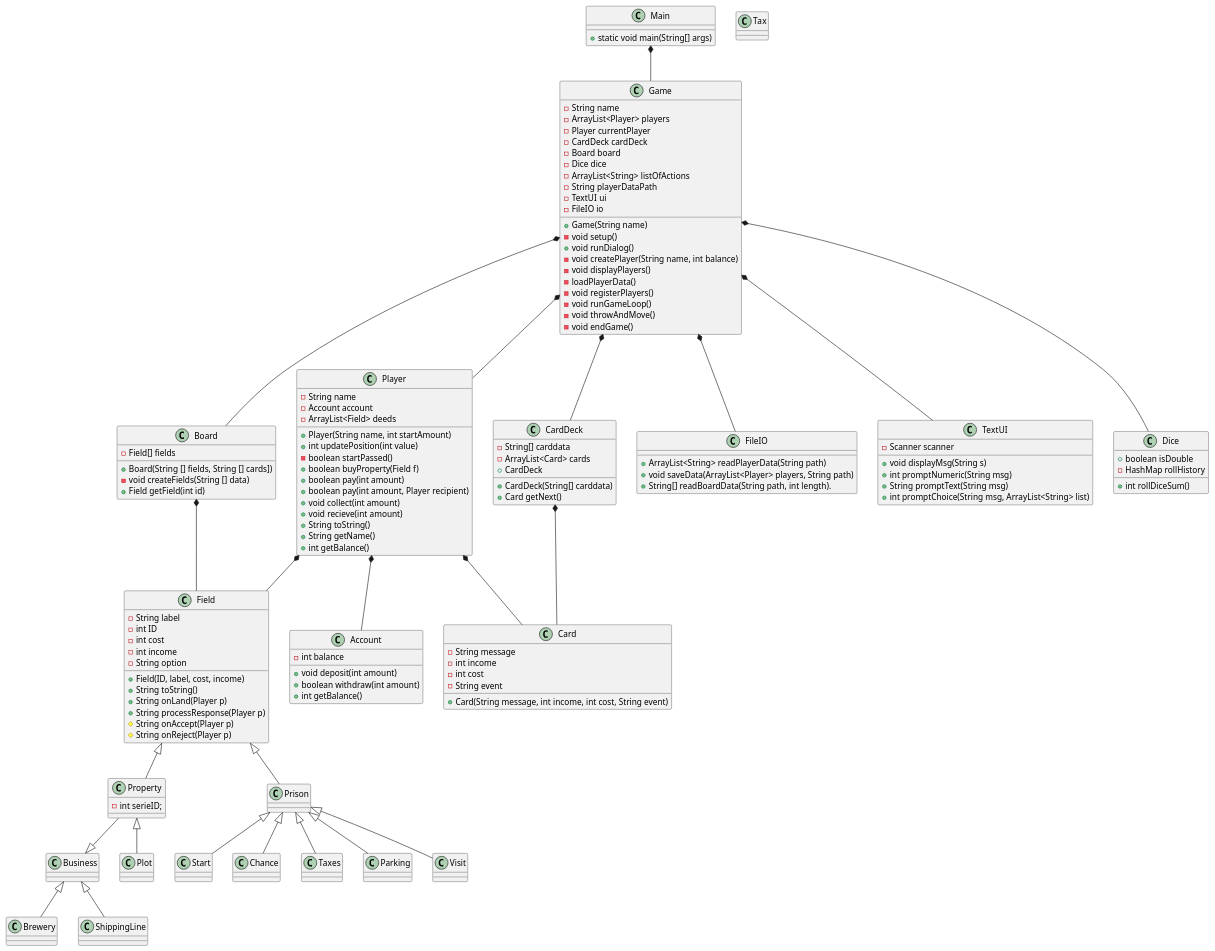
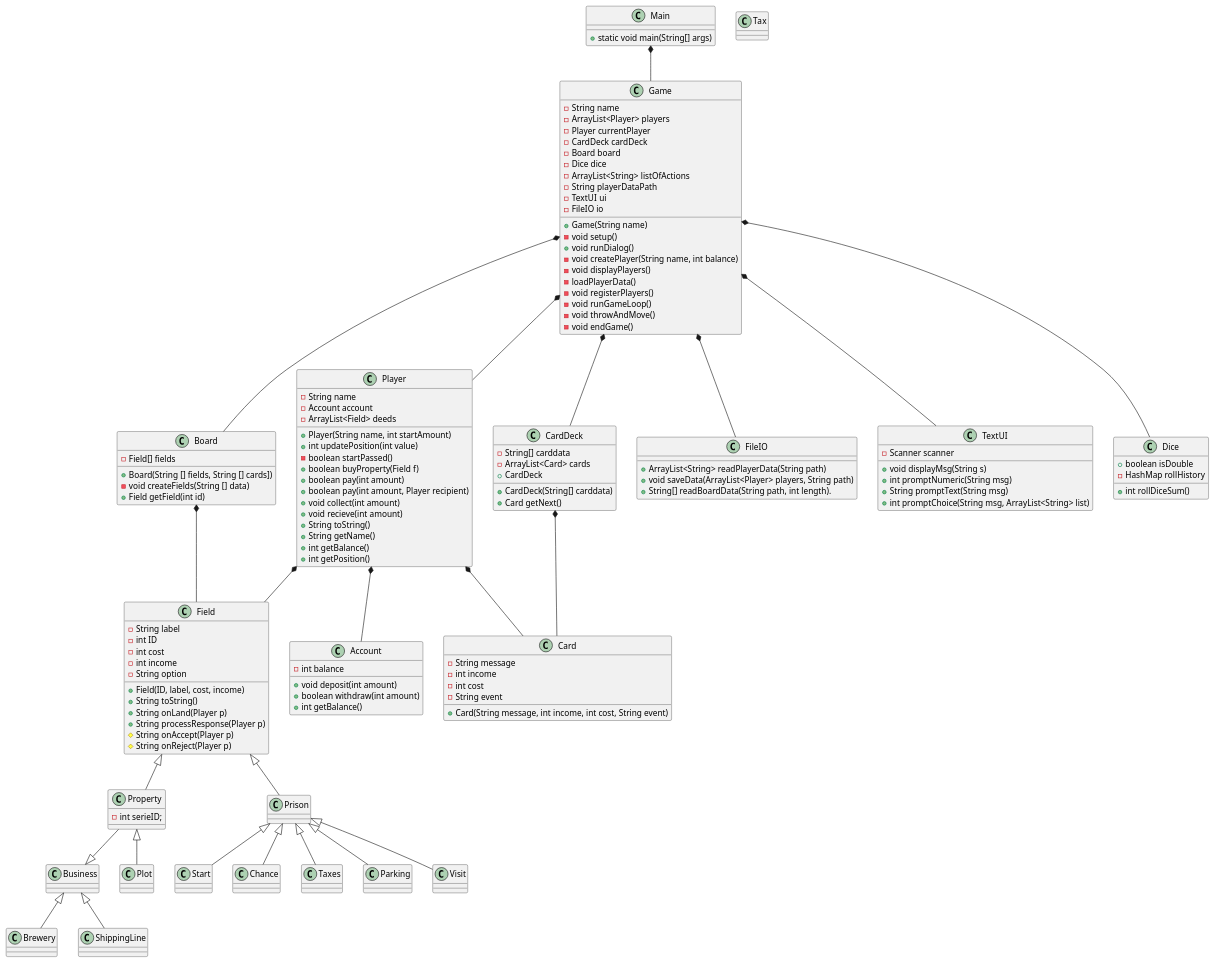
Before and after one commit to Dat1Cphbusiness/MonopolyE24: the diagram in doc/Plan/static/classdiagram_v2.puml, drawn with PlantUML. The commit also changed 4 other files, not shown here.

Commit message:
Card getNext metode(der er to forskellige)

```diff
--- a/doc/Plan/static/classdiagram_v2.puml
+++ b/doc/Plan/static/classdiagram_v2.puml
@@ -1,192 +1,193 @@
 @startuml
 class Main{
 + static void main(String[] args)
 }
 
 class Property
 {
     - int serieID;
 }
 
 class Plot
 {
 
 }
 
 class Brewery
 {
 
 }
 
 class Business
 {
 
 }
 
 class ShippingLine
 {
 
 }
 
 class Prison
 {
 
 }
 
 class Tax
 {
 
 }
 
 class Parking
 {
 
 }
 
 class Visit
 {
 
 }
 
 class Start
 {
 
 }
 
 class Chance
 {
 
 }
 
 class Game{
  - String name
  - ArrayList<Player> players
  - Player currentPlayer
  - CardDeck cardDeck
  - Board board
  - Dice dice
  'utilities
   - ArrayList<String> listOfActions
   - String playerDataPath
   - TextUI ui
   - FileIO io
   'Contructor
  + Game(String name)
  'Methods
  - void setup()
  + void runDialog()
  - void createPlayer(String name, int balance)
  - void displayPlayers()
   - loadPlayerData()
  - void registerPlayers()
  - void runGameLoop()
  - void throwAndMove()
  - void endGame()
 
 }
 
 class Player{
 - String name
 - Account account
 - ArrayList<Field> deeds
 + Player(String name, int startAmount)
 + int updatePosition(int value)
 - boolean startPassed()
 + boolean buyProperty(Field f)
 + boolean pay(int amount)
 + boolean pay(int amount, Player recipient)
 + void collect(int amount)
 + void recieve(int amount)
 + String toString()
 + String getName()
 + int getBalance()
++ int getPosition()
 }
 class Account{
 - int balance
 + void deposit(int amount)
 + boolean withdraw(int amount)
 + int getBalance()
 }
 
 class FileIO{
 + ArrayList<String> readPlayerData(String path)
 + void saveData(ArrayList<Player> players, String path)
 + String[] readBoardData(String path, int length).
 }
 
 class TextUI{
 - Scanner scanner
 + void displayMsg(String s)
 + int promptNumeric(String msg)
 + String promptText(String msg)
 + int promptChoice(String msg, ArrayList<String> list)
 }
 
 class Field{
 - String label
  - int ID
  - int cost
  - int income
  - String option
  + Field(ID, label, cost, income)
  + String toString()
  + String onLand(Player p)
  + String processResponse(Player p)
  # String onAccept(Player p)
  # String onReject(Player p)
 }
 class Board{
  - Field[] fields
  + Board(String [] fields, String [] cards])
  - void createFields(String [] data)
  + Field getField(int id)
 }
 
 class CardDeck {
 - String[] carddata
 - ArrayList<Card> cards
 + CardDeck
 + CardDeck(String[] carddata)
 + Card getNext()
 }
 class Card{
 -String message
 -int income
 -int cost
 -String event
 +Card(String message, int income, int cost, String event)
 }
 
 class Dice{
  +boolean isDouble
  -HashMap rollHistory
  +int rollDiceSum()
  }
 
 Game *-- TextUI
 Main *-- Game
 Game *-- Player
 Game *-- FileIO
 Player *-- Account
 Game *-- Board
 Board *-- Field
 Game *-- CardDeck
 CardDeck *-- Card
 Game *-- Dice
 Player *-- Card
 Player *-- Field
 Field <|-- Property
 Business <|-- Brewery
 Business <|-- ShippingLine
 Property <|-- Plot
 Property --|> Business
 Field <|-- Prison
 Prison <|-- Taxes
 Prison <|-- Parking
 Prison <|-- Visit
 Prison <|-- Start
 Prison <|-- Chance
 
 
 
 @enduml
```
